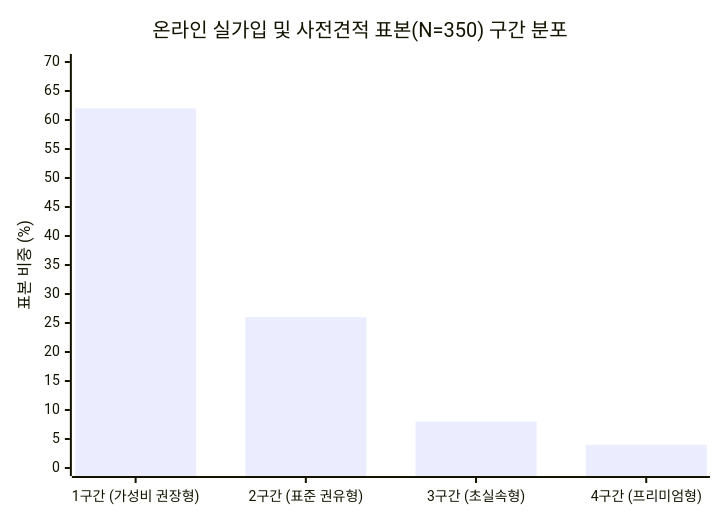
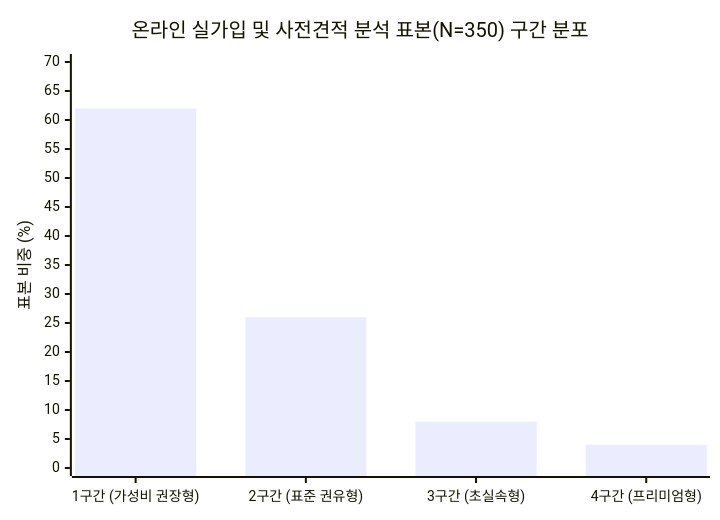
One commit to upple/fetal-insurance-guide-2026 changed the diagram in market_premium_tiers_2026.md. Above: the diagram before and after it, drawn with Mermaid. The commit also changed other lines of this file and 13 other files, not shown here.

````diff
--- a/market_premium_tiers_2026.md
+++ b/market_premium_tiers_2026.md
@@ -16,7 +17,7 @@
 ```mermaid
 xychart-beta
-    title "온라인 실가입 및 사전견적 표본(N=350) 구간 분포"
+    title "온라인 실가입 및 사전견적 분석 표본(N=350) 구간 분포"
     x-axis ["1구간 (가성비 권장형)", "2구간 (표준 권유형)", "3구간 (초실속형)", "4구간 (프리미엄형)"]
     y-axis "표본 비중 (%)" 0 --> 70
     bar [62, 26, 8, 4]
 ```
````
